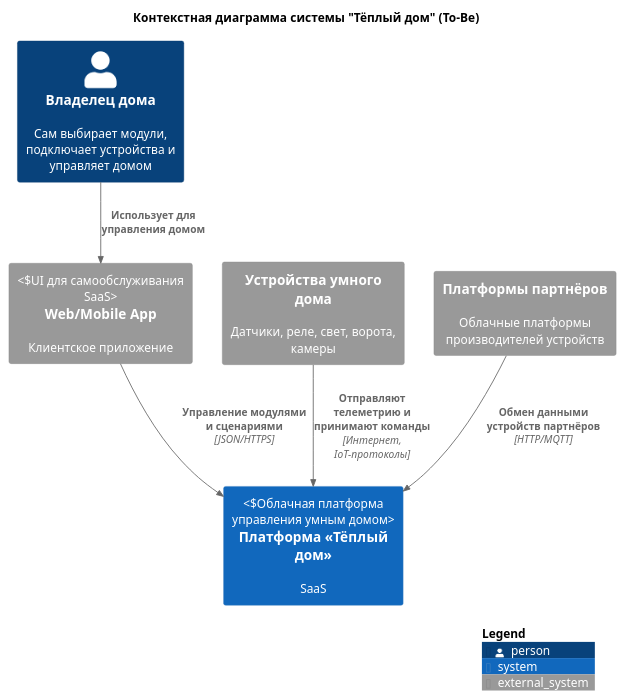
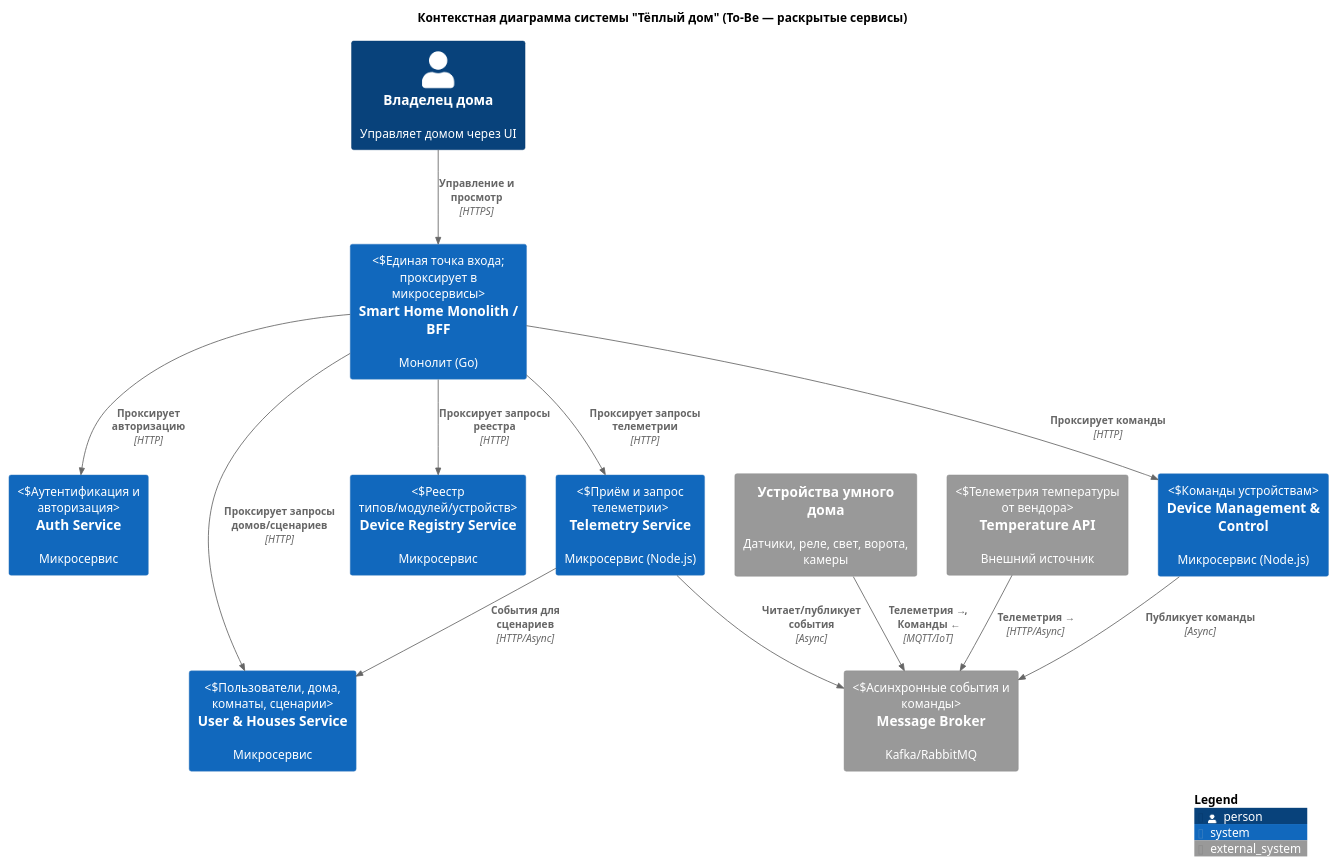
The diagram in schemas/to-be/context/Context_diagram.puml (astandrik/architecture-pro-warmhouse), drawn with PlantUML before and after one commit. The commit also changed 4 other files, not shown here.

Commit message:
fix: better diagrams

```diff
--- a/schemas/to-be/context/Context_diagram.puml
+++ b/schemas/to-be/context/Context_diagram.puml
@@ -1,25 +1,36 @@
 @startuml Context_diagram
 !include https://raw.githubusercontent.com/plantuml-stdlib/C4-PlantUML/master/C4_Context.puml
 
 LAYOUT_WITH_LEGEND()
 
-title Контекстная диаграмма системы "Тёплый дом" (To-Be)
+title Контекстная диаграмма системы "Тёплый дом" (To-Be — раскрытые сервисы)
 
-Person(user, "Владелец дома", "Сам выбирает модули, подключает устройства и управляет домом")
+Person(user, "Владелец дома", "Управляет домом через UI")
 
-System_Ext(webapp, "Web/Mobile App", "Клиентское приложение", "UI для самообслуживания SaaS")
-
-System(smarthome_saas, "Платформа «Тёплый дом»", "SaaS", "Облачная платформа управления умным домом")
+System(apigw, "Smart Home Monolith / BFF", "Монолит (Go)", "Единая точка входа; проксирует в микросервисы")
+System(auth_svc, "Auth Service", "Микросервис", "Аутентификация и авторизация")
+System(userhouses_svc, "User & Houses Service", "Микросервис", "Пользователи, дома, комнаты, сценарии")
+System(devreg_svc, "Device Registry Service", "Микросервис", "Реестр типов/модулей/устройств")
+System(device_mgmt_svc, "Device Management & Control", "Микросервис (Node.js)", "Команды устройствам")
+System(telemetry_svc, "Telemetry Service", "Микросервис (Node.js)", "Приём и запрос телеметрии")
 
 System_Ext(devices, "Устройства умного дома", "Датчики, реле, свет, ворота, камеры")
+System_Ext(temperature_api, "Temperature API", "Внешний источник", "Телеметрия температуры от вендора")
+System_Ext(message_broker, "Message Broker", "Kafka/RabbitMQ", "Асинхронные события и команды")
 
-System_Ext(partner_clouds, "Платформы партнёров", "Облачные платформы производителей устройств")
+Rel(user, apigw, "Управление и просмотр", "HTTPS")
 
-Rel(user, webapp, "Использует для управления домом")
-Rel(webapp, smarthome_saas, "Управление модулями и сценариями", "JSON/HTTPS")
+Rel(apigw, auth_svc, "Проксирует авторизацию", "HTTP")
+Rel(apigw, userhouses_svc, "Проксирует запросы домов/сценариев", "HTTP")
+Rel(apigw, devreg_svc, "Проксирует запросы реестра", "HTTP")
+Rel(apigw, device_mgmt_svc, "Проксирует команды", "HTTP")
+Rel(apigw, telemetry_svc, "Проксирует запросы телеметрии", "HTTP")
 
-Rel(devices, smarthome_saas, "Отправляют телеметрию и принимают команды", "Интернет, IoT-протоколы")
-Rel(partner_clouds, smarthome_saas, "Обмен данными устройств партнёров", "HTTP/MQTT")
+Rel(temperature_api, message_broker, "Телеметрия →", "HTTP/Async")
+Rel(telemetry_svc, userhouses_svc, "События для сценариев", "HTTP/Async")
+Rel(devices, message_broker, "Телеметрия →, Команды ←", "MQTT/IoT")
+Rel(telemetry_svc, message_broker, "Читает/публикует события", "Async")
+Rel(device_mgmt_svc, message_broker, "Публикует команды", "Async")
 
 SHOW_LEGEND()
 @enduml
```
